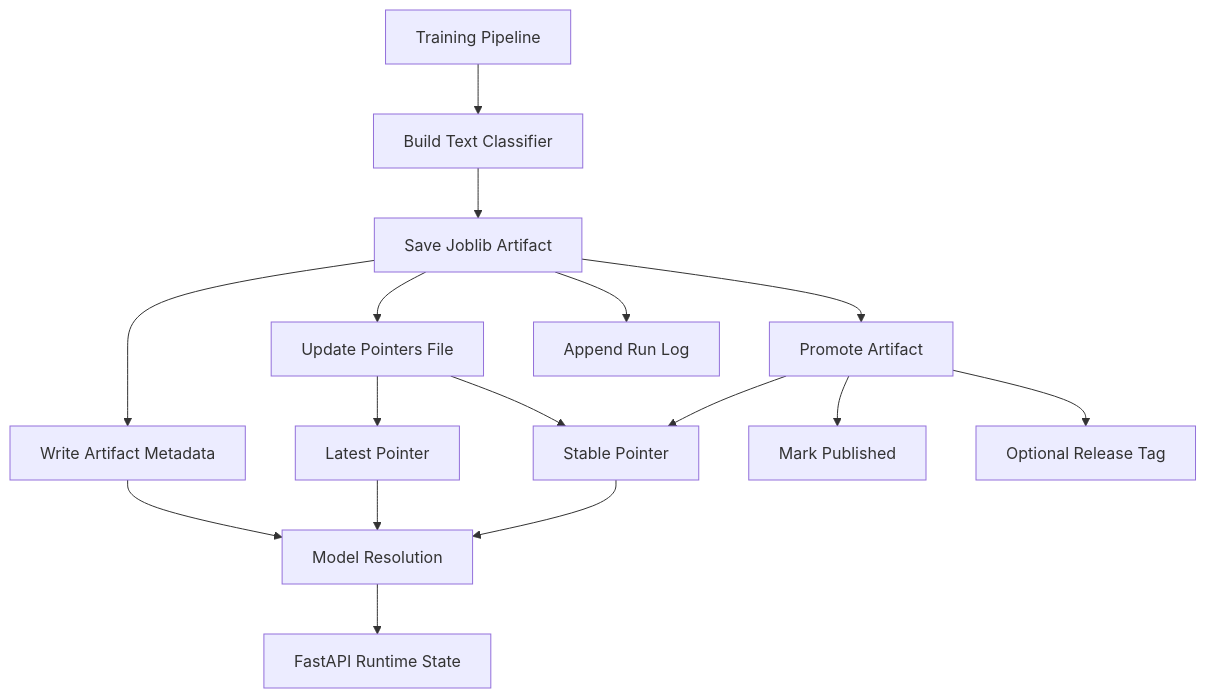
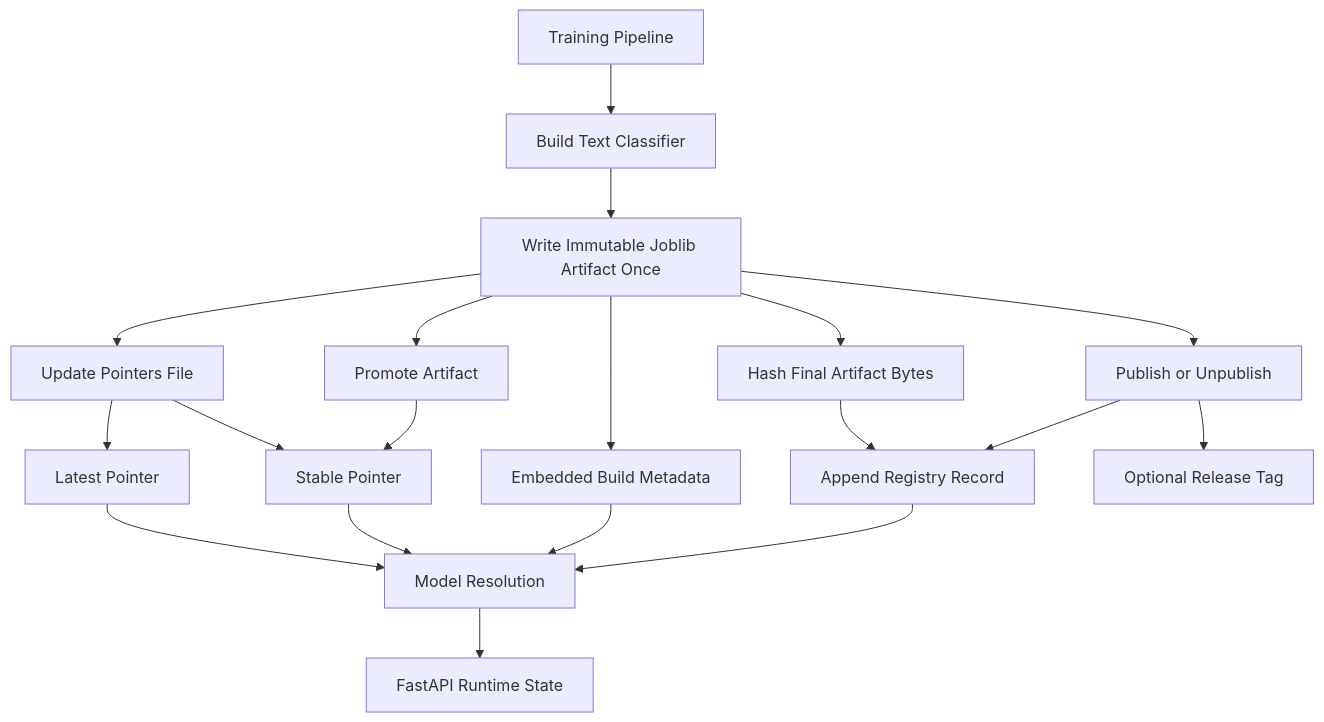
The second of 4 diagrams in README.md (sepantakamali/E2EPRAIIP), drawn with Mermaid before and after one commit. The commit also changed other lines of this file and 14 other files, not shown here.

Commit message:
feat: finalize immutable model lifecycle and reference release

````diff
--- a/README.md
+++ b/README.md
@@ -48,21 +48,24 @@
 ```mermaid
 flowchart TD
     Train[Training Pipeline] --> Build[Build Text Classifier]
-    Build --> Save[Save Joblib Artifact]
-    Save --> Meta[Write Artifact Metadata]
+    Build --> Save[Write Immutable Joblib Artifact Once]
+    Save --> Meta[Embedded Build Metadata]
+    Save --> Hash[Hash Final Artifact Bytes]
+    Hash --> Runs[Append Registry Record]
     Save --> Pointers[Update Pointers File]
-    Save --> Runs[Append Run Log]
 
     Pointers --> Latest[Latest Pointer]
     Pointers --> Stable[Stable Pointer]
 
     Save --> Promote[Promote Artifact]
     Promote --> Stable
-    Promote --> Published[Mark Published]
-    Promote --> Release[Optional Release Tag]
+    Save --> Publish[Publish or Unpublish]
+    Publish --> Runs
+    Publish --> Release[Optional Release Tag]
 
     Latest --> Resolve[Model Resolution]
     Stable --> Resolve
     Meta --> Resolve
+    Runs --> Resolve
     Resolve --> API[FastAPI Runtime State]
 ```
````
